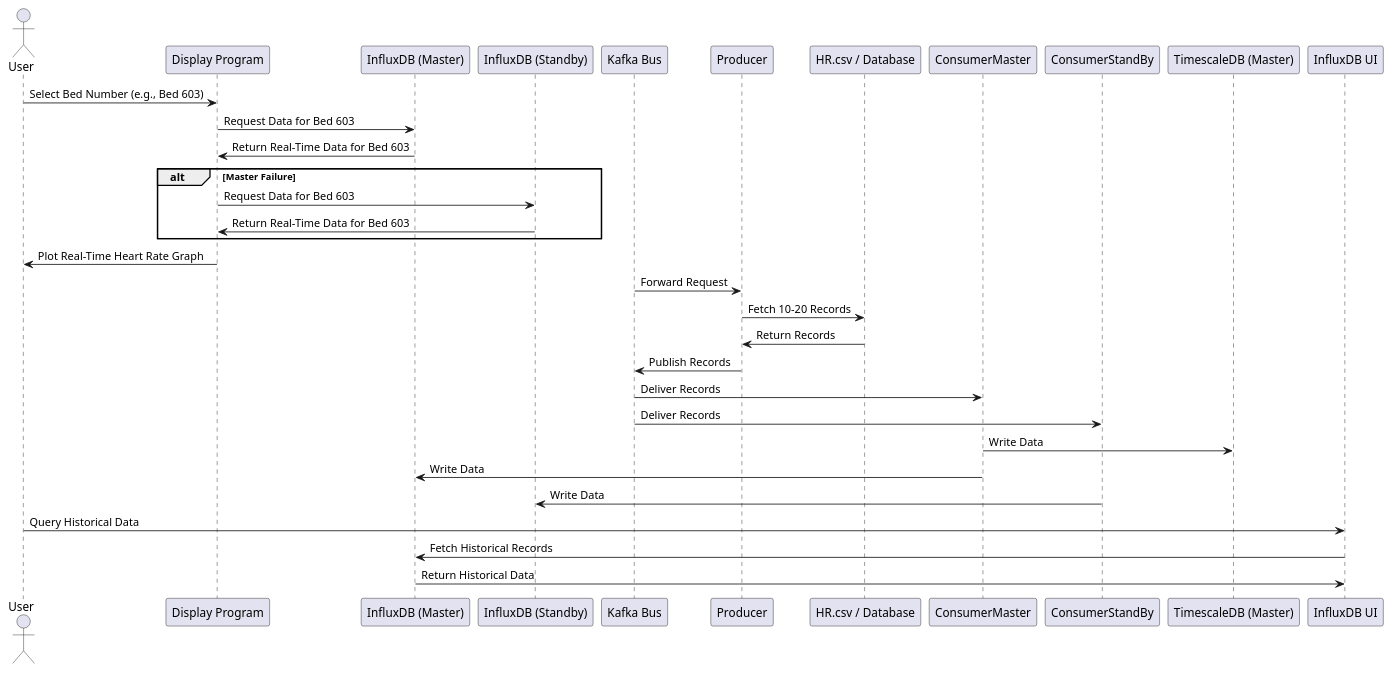
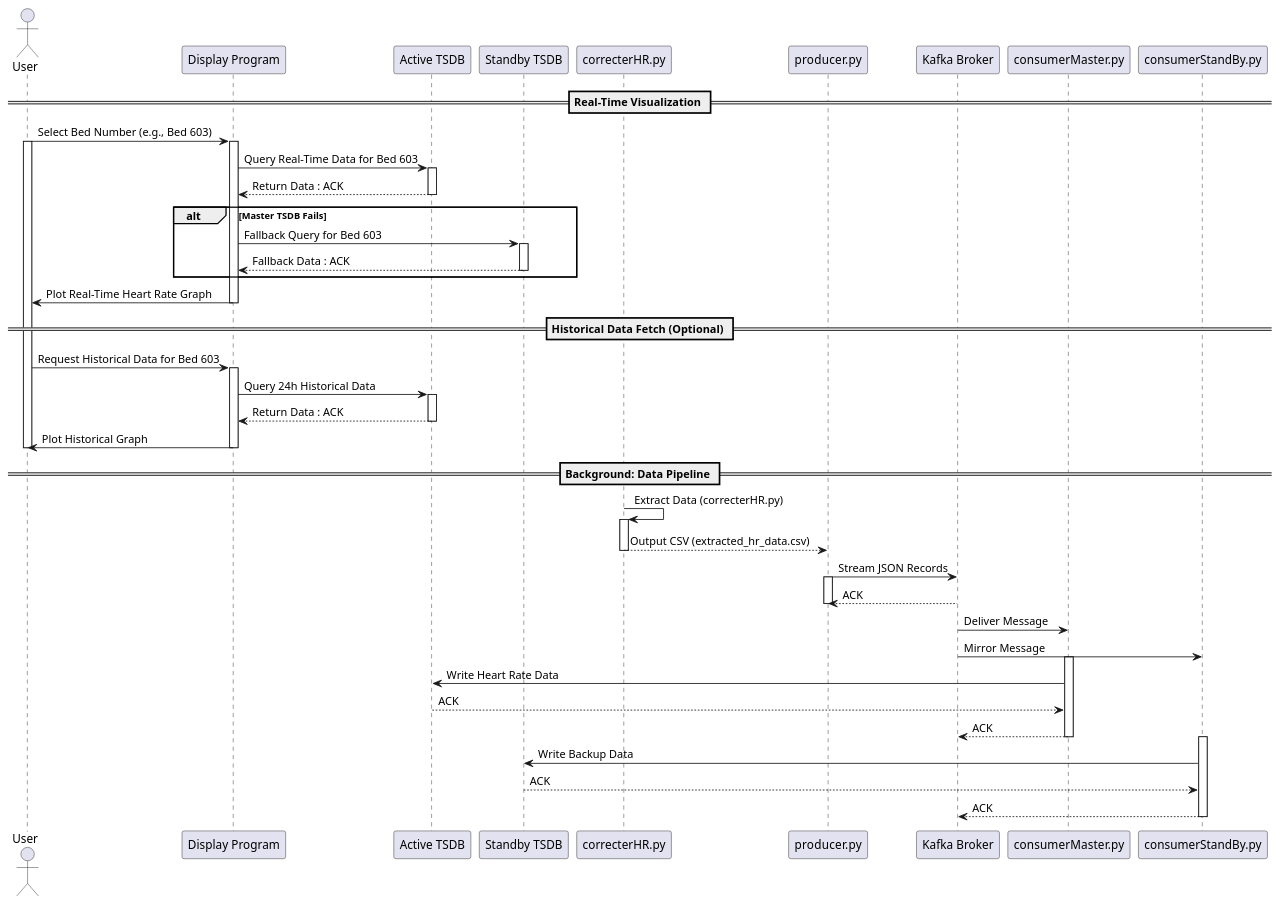
Before and after one commit to DOMINIC471/Final-Year-Project: the diagram in sequence_diagram.puml, drawn with PlantUML. The commit also changed 44 other files, not shown here.

```diff
--- a/sequence_diagram.puml
+++ b/sequence_diagram.puml
@@ -2,47 +2,72 @@
 @startuml RealTimeHeartRateSystem
 
 actor User
 
-' User interacts with the Display Program
-User -> "Display Program" : Select Bed Number (e.g., Bed 603)
+participant "Display Program" as DP
+participant "Active TSDB" as ActiveDB
+participant "Standby TSDB" as StandbyDB
+participant "correcterHR.py" as Preprocessor
+participant "producer.py" as Producer
+participant "Kafka Broker" as Kafka
+participant "consumerMaster.py" as ConsumerMaster
+participant "consumerStandBy.py" as ConsumerStandby
 
-' Display Program requests data for the specific Bed from the InfluxDB (Master)
-"Display Program" -> "InfluxDB (Master)" : Request Data for Bed 603
-"InfluxDB (Master)" -> "Display Program" : Return Real-Time Data for Bed 603
+== Real-Time Visualization ==
 
-' In case of failure, Display Program requests data from the InfluxDB (Standby)
-alt Master Failure
-    "Display Program" -> "InfluxDB (Standby)" : Request Data for Bed 603
-    "InfluxDB (Standby)" -> "Display Program" : Return Real-Time Data for Bed 603
+User -> DP : Select Bed Number (e.g., Bed 603)
+activate User
+activate DP
+DP -> ActiveDB : Query Real-Time Data for Bed 603
+activate ActiveDB
+ActiveDB --> DP : Return Data : ACK
+deactivate ActiveDB
+
+alt Master TSDB Fails
+    DP -> StandbyDB : Fallback Query for Bed 603
+    activate StandbyDB
+    StandbyDB --> DP : Fallback Data : ACK
+    deactivate StandbyDB
 end
 
-' Display Program plots the real-time data for the User
-"Display Program" -> User : Plot Real-Time Heart Rate Graph
+DP -> User : Plot Real-Time Heart Rate Graph
+deactivate DP
 
-' Kafka Bus forwards the request to the Producer
-"Kafka Bus" -> "Producer" : Forward Request
+== Historical Data Fetch (Optional) ==
+User -> DP : Request Historical Data for Bed 603
+activate DP
+DP -> ActiveDB : Query 24h Historical Data
+activate ActiveDB
+ActiveDB --> DP : Return Data : ACK
+deactivate ActiveDB
+DP -> User : Plot Historical Graph
+deactivate DP
+deactivate User
 
-' Producer fetches data from HR.csv or Database
-"Producer" -> "HR.csv / Database" : Fetch 10-20 Records
-"HR.csv / Database" -> "Producer" : Return Records
+== Background: Data Pipeline ==
 
-' Producer publishes the fetched data to Kafka
-"Producer" -> "Kafka Bus" : Publish Records
+Preprocessor -> Preprocessor : Extract Data (correcterHR.py)
+activate Preprocessor
+Preprocessor --> Producer : Output CSV (extracted_hr_data.csv)
+deactivate Preprocessor
 
-' Kafka Bus forwards records to both ConsumerMaster and ConsumerStandBy
-"Kafka Bus" -> "ConsumerMaster" : Deliver Records
-"Kafka Bus" -> "ConsumerStandBy" : Deliver Records
+Producer -> Kafka : Stream JSON Records
+activate Producer
+Kafka --> Producer : ACK
+deactivate Producer
 
-' ConsumerMaster writes data to both TimescaleDB and InfluxDB
-"ConsumerMaster" -> "TimescaleDB (Master)" : Write Data
-"ConsumerMaster" -> "InfluxDB (Master)" : Write Data
+Kafka -> ConsumerMaster : Deliver Message
+Kafka -> ConsumerStandby : Mirror Message
 
-' ConsumerStandBy writes data to InfluxDB Standby
-"ConsumerStandBy" -> "InfluxDB (Standby)" : Write Data
+activate ConsumerMaster
+ConsumerMaster -> ActiveDB : Write Heart Rate Data
+ActiveDB --> ConsumerMaster : ACK
+ConsumerMaster --> Kafka : ACK
+deactivate ConsumerMaster
 
-' InfluxDB UI allows viewing historical data
-User -> "InfluxDB UI" : Query Historical Data
-"InfluxDB UI" -> "InfluxDB (Master)" : Fetch Historical Records
-"InfluxDB (Master)" -> "InfluxDB UI" : Return Historical Data
+activate ConsumerStandby
+ConsumerStandby -> StandbyDB : Write Backup Data
+StandbyDB --> ConsumerStandby : ACK
+ConsumerStandby --> Kafka : ACK
+deactivate ConsumerStandby
 
 @enduml
```
